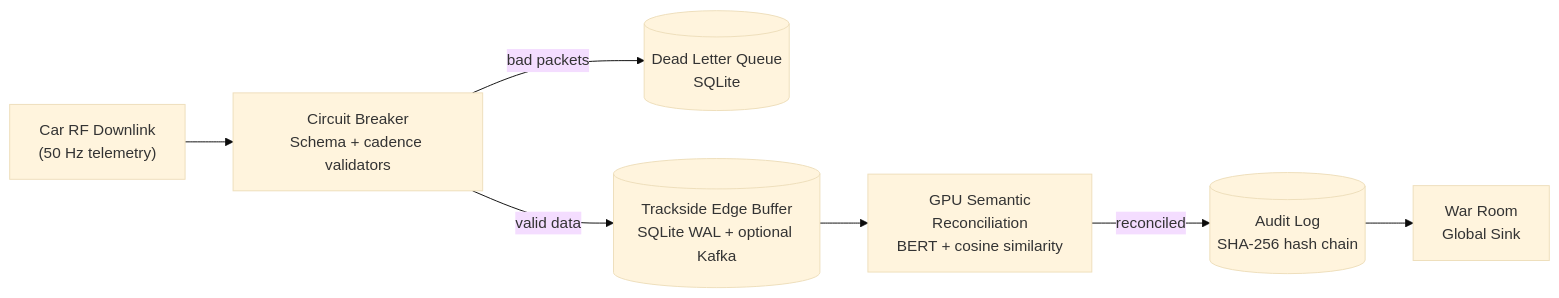
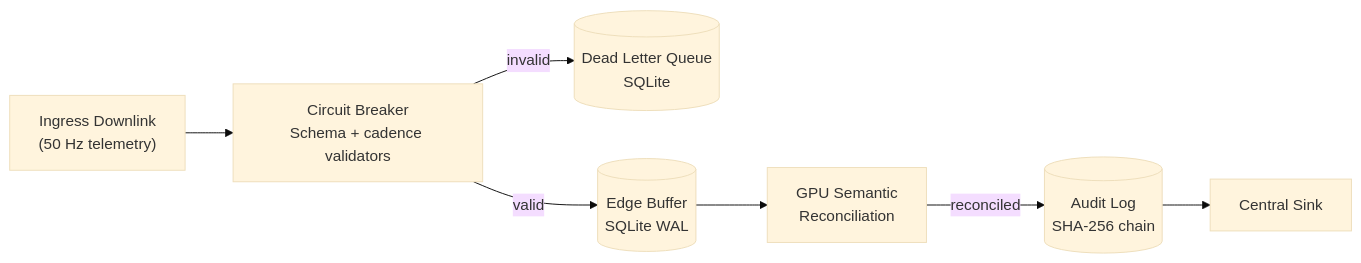
The diagram in README.md (tarek-clarke/Web-Scraping-Demo), drawn with Mermaid (base theme) before and after one commit. The commit also changed other lines of this file and 21 other files, not shown here.

````diff
--- a/README.md
+++ b/README.md
@@ -62,17 +65,17 @@
 ```mermaid
 flowchart LR
-    RF["Car RF Downlink<br/>(50 Hz telemetry)"]
+    RF["Ingress Downlink<br/>(50 Hz telemetry)"]
     CB["Circuit Breaker<br/>Schema + cadence validators"]
     DLQ[("Dead Letter Queue<br/>SQLite")]
-    EDGE[("Trackside Edge Buffer<br/>SQLite WAL + optional Kafka")]
-    BERT["GPU Semantic<br/>Reconciliation<br/>BERT + cosine similarity"]
-    AUDIT[("Audit Log<br/>SHA-256 hash chain")]
-    SINK["War Room<br/>Global Sink"]
+    EDGE[("Edge Buffer<br/>SQLite WAL")]
+    BERT["GPU Semantic<br/>Reconciliation"]
+    AUDIT[("Audit Log<br/>SHA-256 chain")]
+    SINK["Central Sink"]
 
     RF --> CB
-    CB -->|bad packets| DLQ
-    CB -->|valid data| EDGE
+    CB -->|invalid| DLQ
+    CB -->|valid| EDGE
     EDGE --> BERT
     BERT -->|reconciled| AUDIT
     AUDIT --> SINK
 ```
````
